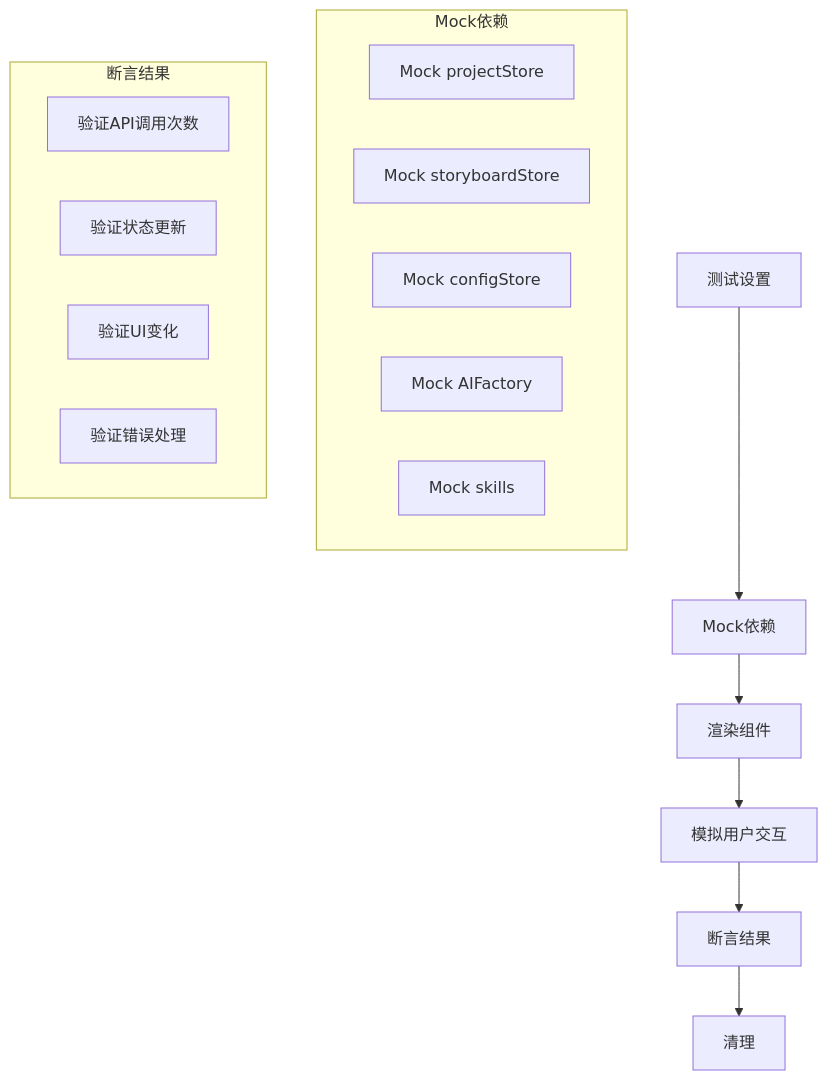
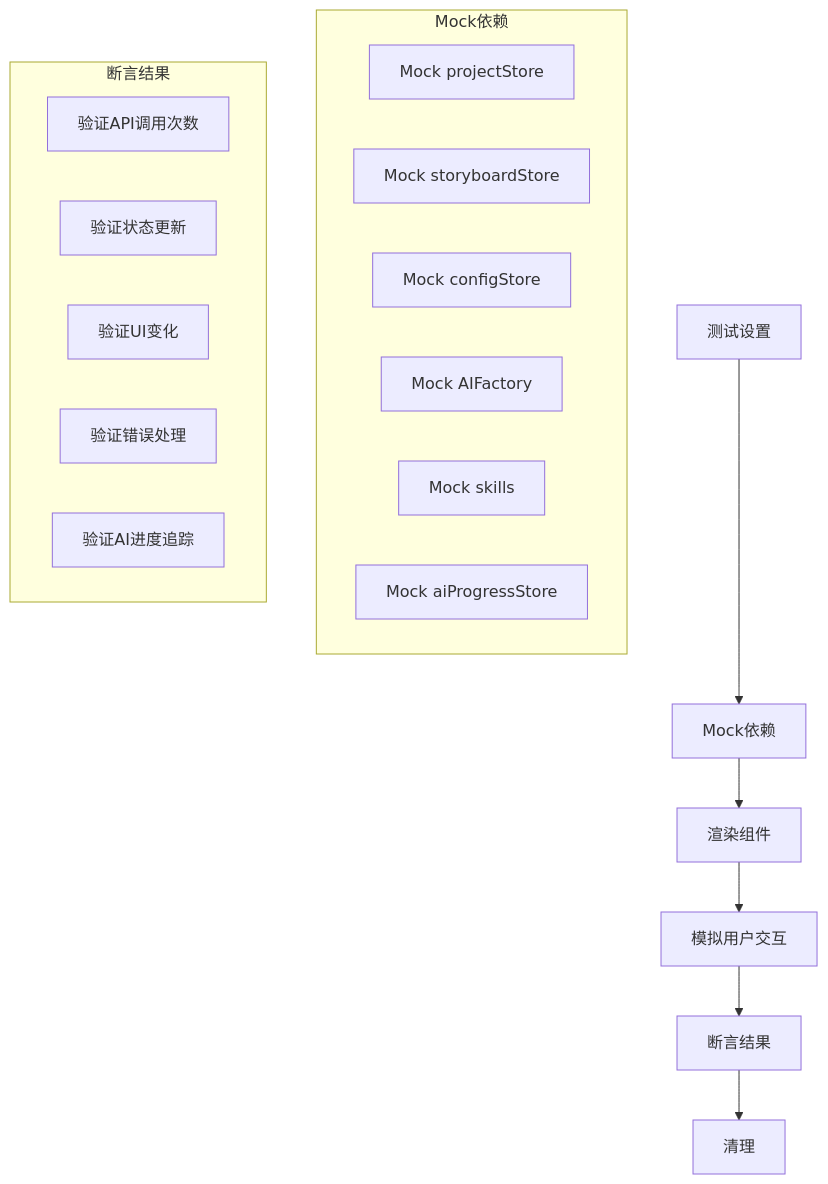
The sixth of 9 diagrams in .qoder/repowiki/zh/content/开发指南/开发指南.md (leonaiuv/aixsss), drawn with Mermaid before and after one commit. The commit also changed other lines of this file and 5 other files, not shown here.

````diff
--- a/.qoder/repowiki/zh/content/开发指南/开发指南.md
+++ b/.qoder/repowiki/zh/content/开发指南/开发指南.md
@@ -259,21 +335,23 @@
 ```mermaid
 flowchart TD
 A[测试设置] --> B[Mock依赖]
 B --> C[渲染组件]
 C --> D[模拟用户交互]
 D --> E[断言结果]
 E --> F[清理]
 subgraph Mock依赖
 B1[Mock projectStore]
 B2[Mock storyboardStore]
 B3[Mock configStore]
 B4[Mock AIFactory]
 B5[Mock skills]
+B6[Mock aiProgressStore]
 end
 subgraph 断言结果
 E1[验证API调用次数]
 E2[验证状态更新]
 E3[验证UI变化]
 E4[验证错误处理]
+E5[验证AI进度追踪]
 end
 ```
````
